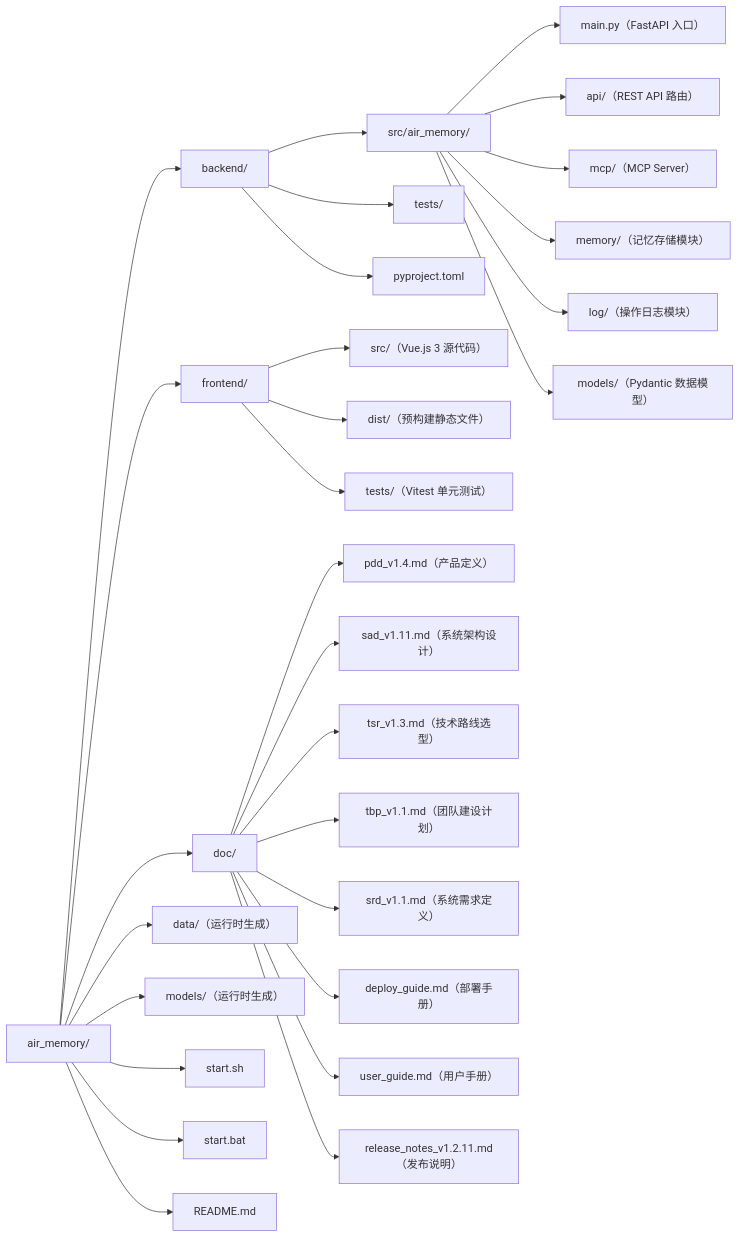
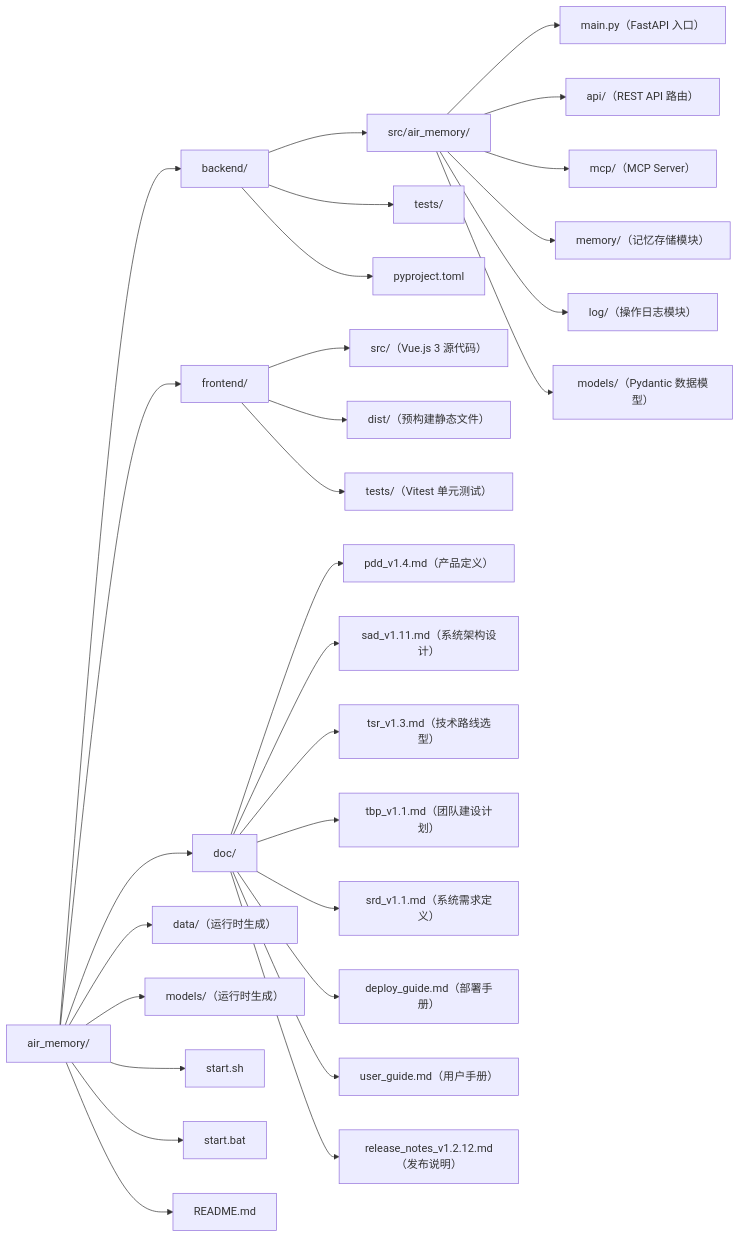
One commit to SevenLv/air_memory changed the diagram in README.md. Above: the diagram before and after it, drawn with Mermaid. The commit also changed other lines of this file and 14 other files, not shown here.

````diff
--- a/README.md
+++ b/README.md
@@ -50,37 +50,37 @@
 ```mermaid
 graph LR
     ROOT["air_memory/"]
 
     ROOT --> BACKEND["backend/"]
     ROOT --> FRONTEND["frontend/"]
     ROOT --> DOC["doc/"]
     ROOT --> DATA["data/（运行时生成）"]
     ROOT --> MODELS["models/（运行时生成）"]
     ROOT --> START_SH["start.sh"]
     ROOT --> START_BAT["start.bat"]
     ROOT --> README["README.md"]
 
     BACKEND --> BE_SRC["src/air_memory/"]
     BACKEND --> BE_TESTS["tests/"]
     BACKEND --> BE_PYPROJECT["pyproject.toml"]
 
     BE_SRC --> BE_MAIN["main.py（FastAPI 入口）"]
     BE_SRC --> BE_API["api/（REST API 路由）"]
     BE_SRC --> BE_MCP["mcp/（MCP Server）"]
     BE_SRC --> BE_MEM["memory/（记忆存储模块）"]
     BE_SRC --> BE_LOG["log/（操作日志模块）"]
     BE_SRC --> BE_MODELS["models/（Pydantic 数据模型）"]
 
     FRONTEND --> FE_SRC["src/（Vue.js 3 源代码）"]
     FRONTEND --> FE_DIST["dist/（预构建静态文件）"]
     FRONTEND --> FE_TESTS["tests/（Vitest 单元测试）"]
 
     DOC --> D1["pdd_v1.4.md（产品定义）"]
     DOC --> D2["sad_v1.11.md（系统架构设计）"]
     DOC --> D3["tsr_v1.3.md（技术路线选型）"]
     DOC --> D4["tbp_v1.1.md（团队建设计划）"]
     DOC --> D5["srd_v1.1.md（系统需求定义）"]
     DOC --> D6["deploy_guide.md（部署手册）"]
     DOC --> D7["user_guide.md（用户手册）"]
-    DOC --> D8["release_notes_v1.2.11.md（发布说明）"]
+    DOC --> D8["release_notes_v1.2.12.md（发布说明）"]
 ```
````
